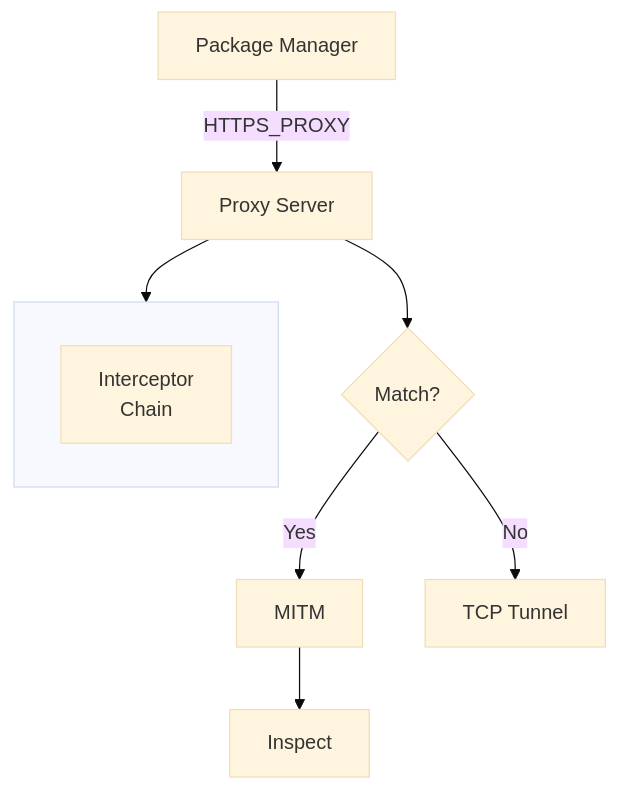
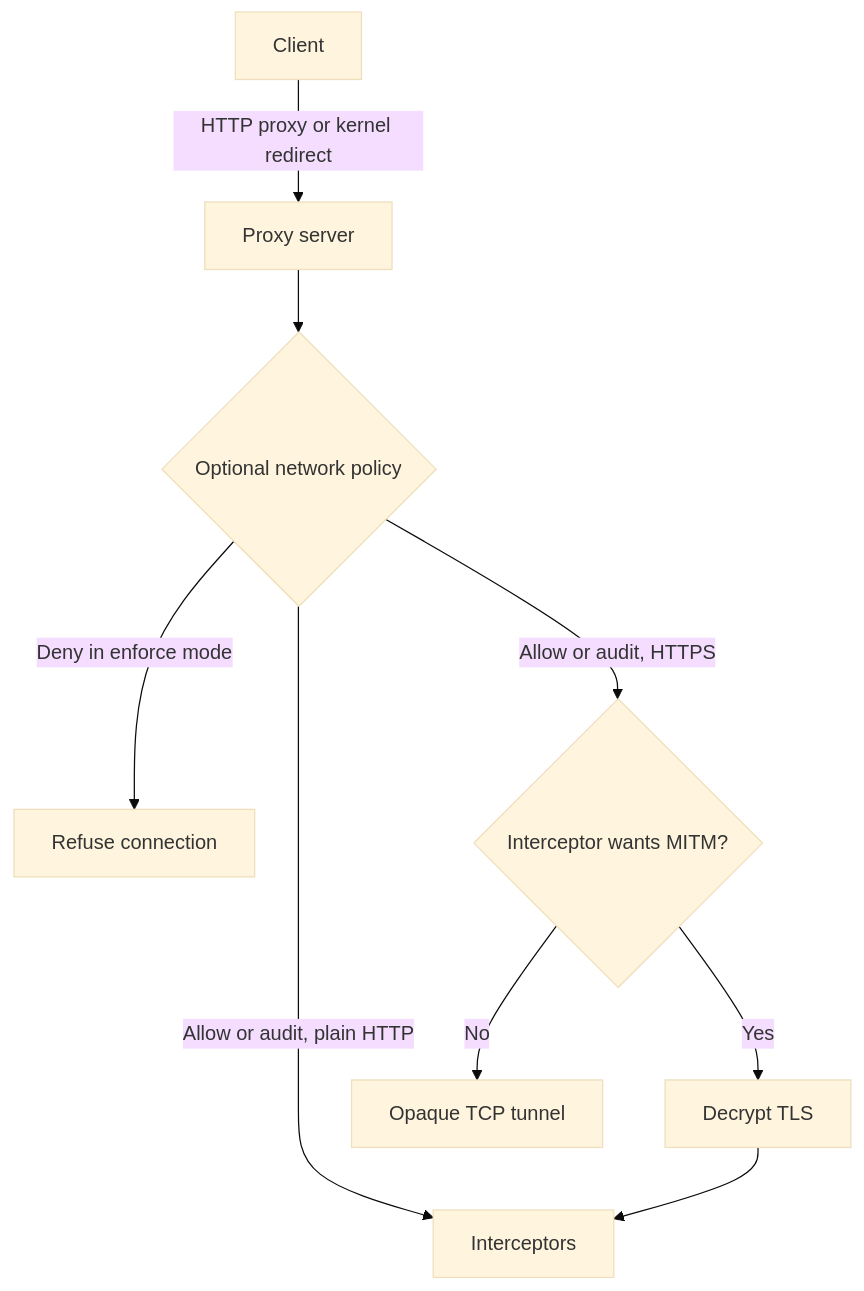
One commit to safedep/pmg changed the diagram in docs/proxy.md. Above: the diagram before and after it, drawn with Mermaid (base theme). The commit also changed other lines of this file and 29 other files, not shown here.

````diff
--- a/docs/proxy.md
+++ b/docs/proxy.md
@@ -14,13 +16,11 @@
 ```mermaid
 flowchart TD
-    A[Package Manager]
-    A -- HTTPS_PROXY --> B[Proxy Server]
-    B --> C{Match?}
-    C -- Yes --> D[MITM]
-    D --> E[Inspect]
-    C -- No --> F[TCP Tunnel]
-    subgraph inside_proxy [ ]
-        G[Interceptor<br/>Chain]
-    end
-    B --> inside_proxy
+    A[Client] -->|HTTP proxy or kernel redirect| B[Proxy server]
+    B --> P{Optional network policy}
+    P -->|Deny in enforce mode| R[Refuse connection]
+    P -->|Allow or audit, HTTPS| C{Interceptor wants MITM?}
+    P -->|Allow or audit, plain HTTP| E
+    C -->|Yes| D[Decrypt TLS]
+    D --> E[Interceptors]
+    C -->|No| F[Opaque TCP tunnel]
 ```
````
